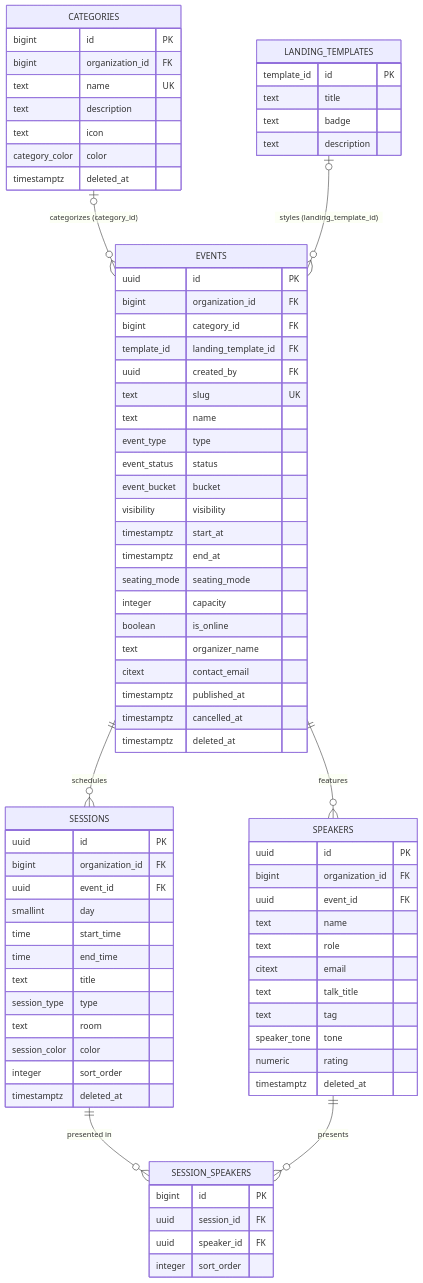
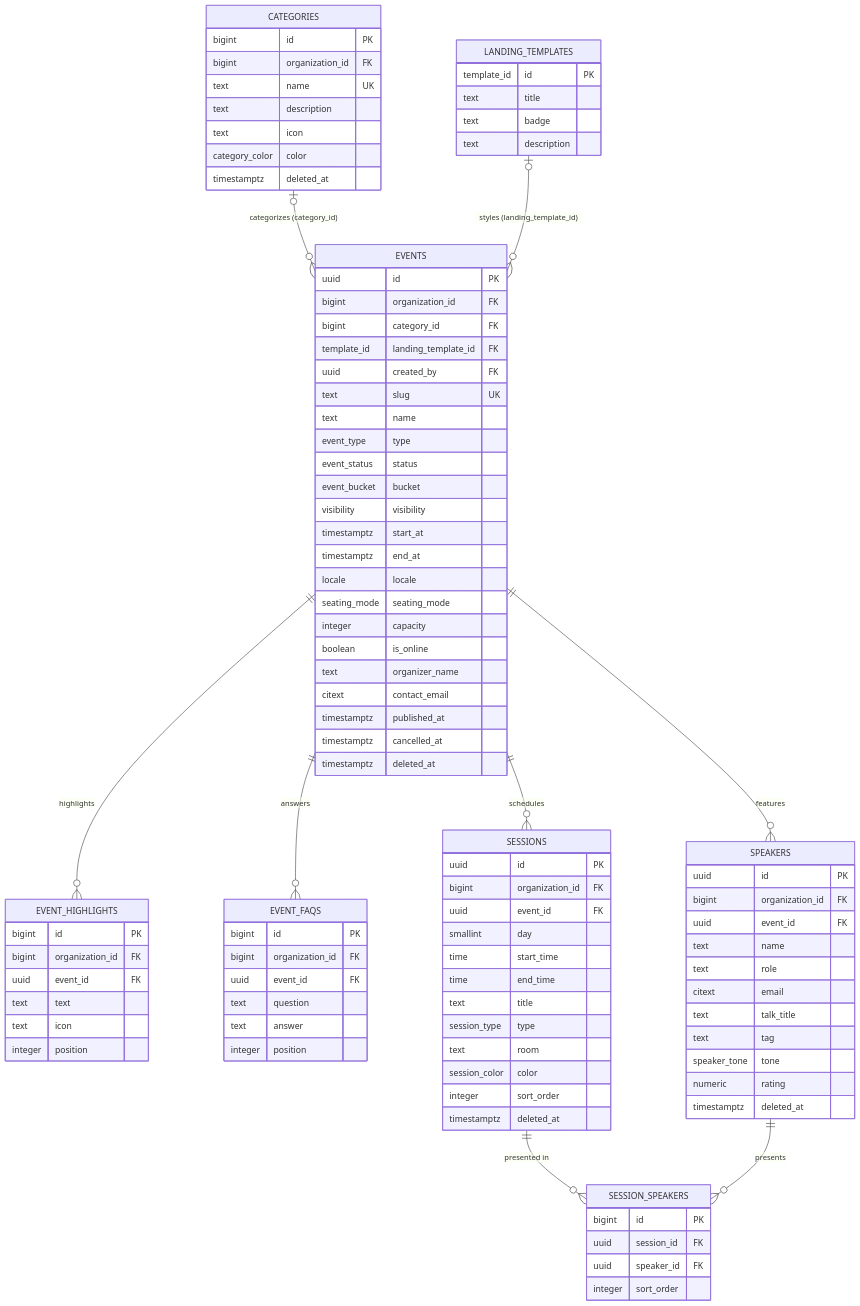
The fourth of 13 diagrams in 04-architecture/erd.md (kaungkhantdev/eventa-docs), drawn with Mermaid before and after one commit. The commit also changed other lines of this file and 5 other files, not shown here.

Commit message:
entities and erd reconcile

````diff
--- a/04-architecture/erd.md
+++ b/04-architecture/erd.md
@@ -746,6 +841,7 @@
         visibility visibility
         timestamptz start_at
         timestamptz end_at
+        locale locale
         seating_mode seating_mode
         integer capacity
         boolean is_online
@@ -754,6 +850,22 @@
         timestamptz published_at
         timestamptz cancelled_at
         timestamptz deleted_at
+    }
+    EVENT_HIGHLIGHTS {
+        bigint id PK
+        bigint organization_id FK
+        uuid event_id FK
+        text text
+        text icon
+        integer position
+    }
+    EVENT_FAQS {
+        bigint id PK
+        bigint organization_id FK
+        uuid event_id FK
+        text question
+        text answer
+        integer position
     }
     SPEAKERS {
         uuid id PK
@@ -793,6 +905,8 @@
     LANDING_TEMPLATES |o--o{ EVENTS : "styles (landing_template_id)"
     EVENTS ||--o{ SPEAKERS : "features"
     EVENTS ||--o{ SESSIONS : "schedules"
+    EVENTS ||--o{ EVENT_HIGHLIGHTS : "highlights"
+    EVENTS ||--o{ EVENT_FAQS : "answers"
     SESSIONS ||--o{ SESSION_SPEAKERS : "presented in"
     SPEAKERS ||--o{ SESSION_SPEAKERS : "presents"
 ```
````
